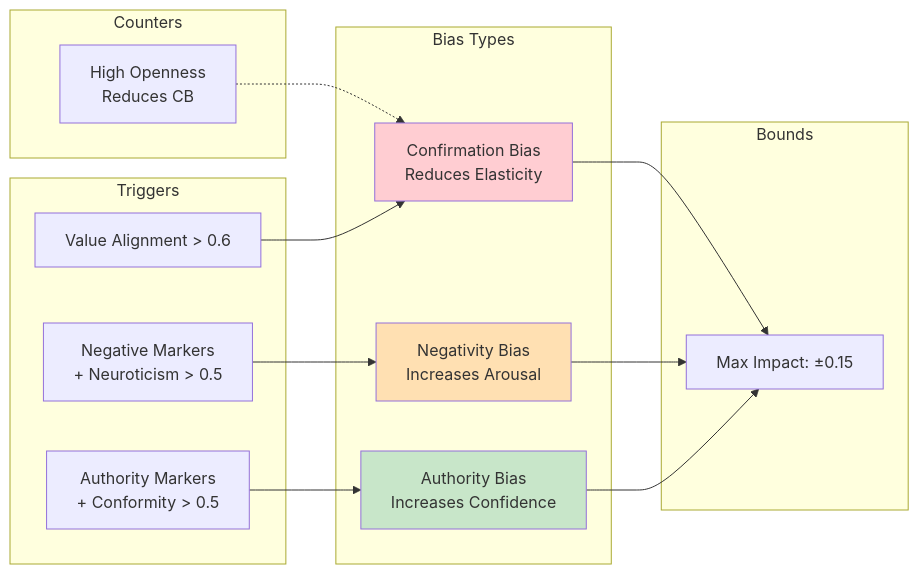
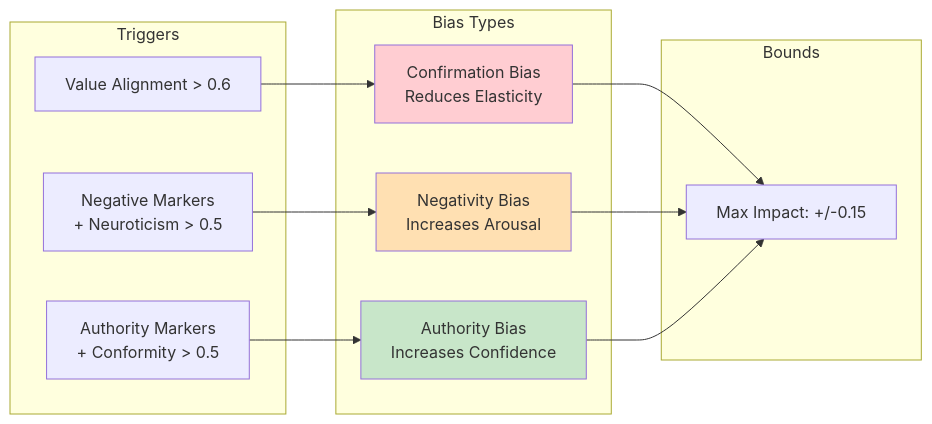
The third of 5 diagrams in ARCHITECTURE.md (SatishoBananamoto/persona-engine), drawn with Mermaid before and after one commit. The commit also changed other lines of this file, not shown here.

First line of the commit message:
Rewrite ARCHITECTURE.md as comprehensive design document

````diff
--- a/ARCHITECTURE.md
+++ b/ARCHITECTURE.md
@@ -248,36 +345,30 @@
 ```mermaid
 flowchart LR
     subgraph "Triggers"
         VA[Value Alignment > 0.6]
         NM[Negative Markers<br/>+ Neuroticism > 0.5]
         AM[Authority Markers<br/>+ Conformity > 0.5]
     end
-    
+
     subgraph "Bias Types"
         CB[Confirmation Bias<br/>Reduces Elasticity]
         NB[Negativity Bias<br/>Increases Arousal]
         AB[Authority Bias<br/>Increases Confidence]
     end
-    
+
     subgraph "Bounds"
-        MAX[Max Impact: ±0.15]
+        MAX[Max Impact: +/-0.15]
     end
-    
-    subgraph "Counters"
-        OP[High Openness<br/>Reduces CB]
-    end
-    
+
     VA --> CB
     NM --> NB
     AM --> AB
-    
+
     CB --> MAX
     NB --> MAX
     AB --> MAX
-    
-    OP -.-> CB
-    
+
     style CB fill:#FFCDD2
     style NB fill:#FFE0B2
     style AB fill:#C8E6C9
 ```
````
